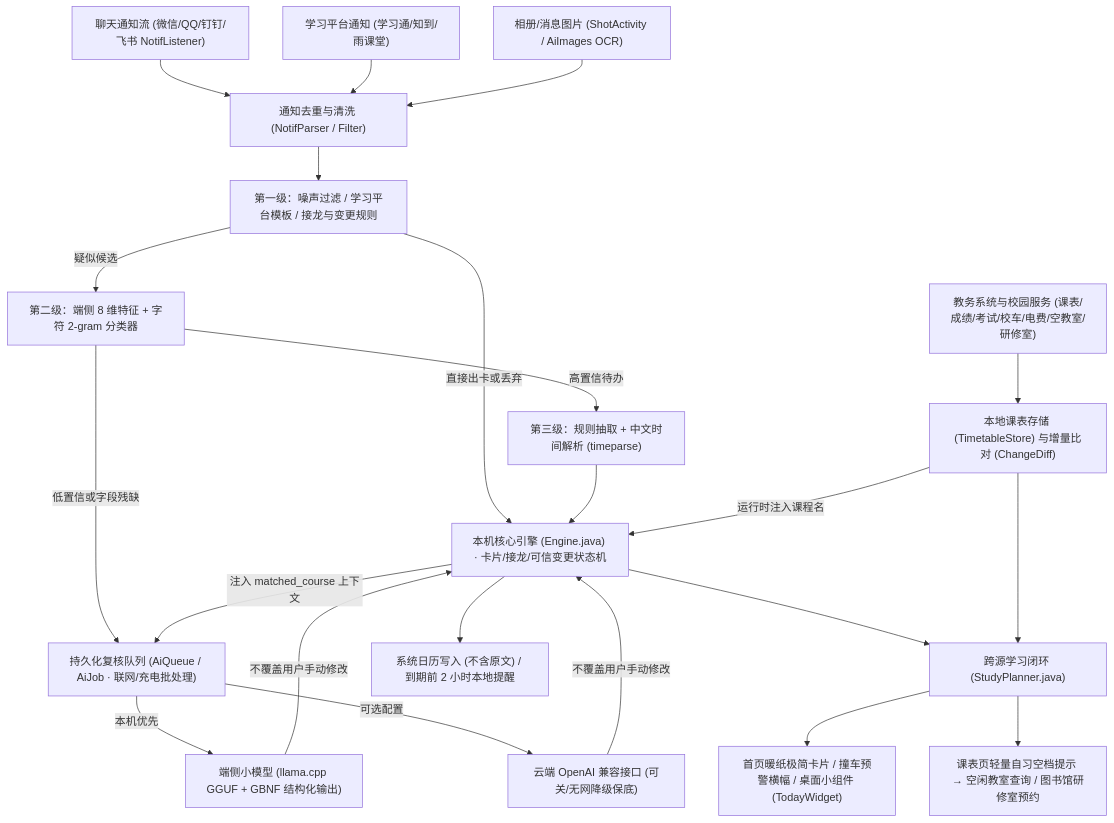
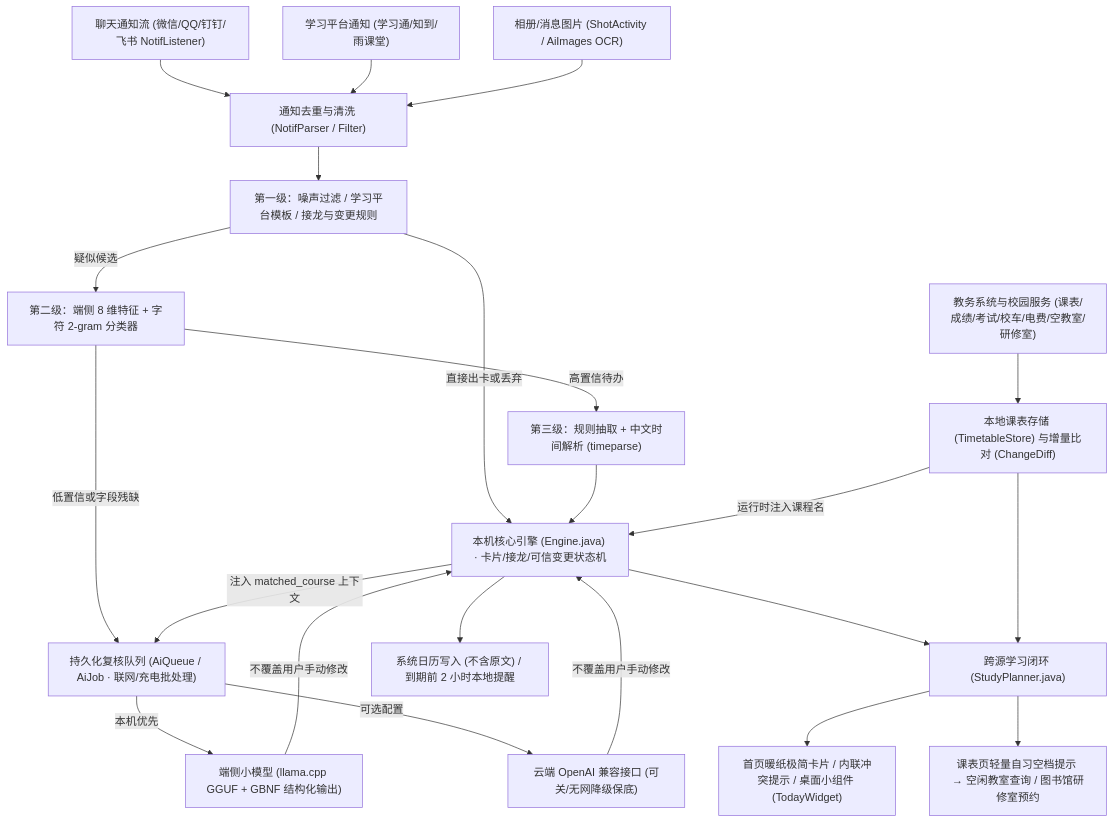
Before and after one commit to QDy1013/Offloor: the diagram in README.md, drawn with Mermaid. The commit also changed other lines of this file and 19 other files, not shown here.

````diff
--- a/README.md
+++ b/README.md
@@ -23,27 +23,27 @@
 ```mermaid
 flowchart TD
     S1["聊天通知流 (微信/QQ/钉钉/飞书 NotifListener)"] --> N1["通知去重与清洗 (NotifParser / Filter)"]
     S2["学习平台通知 (学习通/知到/雨课堂)"] --> N1
     S3["相册/消息图片 (ShotActivity / AiImages OCR)"] --> N1
     S4["教务系统与校园服务 (课表/成绩/考试/校车/电费/空教室/研修室)"] --> C1["本地课表存储 (TimetableStore) 与增量比对 (ChangeDiff)"]
 
     N1 --> L1["第一级：噪声过滤 / 学习平台模板 / 接龙与变更规则"]
     L1 -->|直接出卡或丢弃| ENG["本机核心引擎 (Engine.java) · 卡片/接龙/可信变更状态机"]
     L1 -->|疑似候选| L2["第二级：端侧 8 维特征 + 字符 2-gram 分类器"]
     L2 -->|高置信待办| L3["第三级：规则抽取 + 中文时间解析 (timeparse)"]
     L3 --> ENG
     C1 -->|运行时注入课程名| ENG
 
     L2 -->|低置信或字段残缺| Q1["持久化复核队列 (AiQueue / AiJob · 联网/充电批处理)"]
     ENG -->|注入 matched_course 上下文| Q1
     Q1 -->|本机优先| M1["端侧小模型 (llama.cpp GGUF + GBNF 结构化输出)"]
     Q1 -->|可选配置| M2["云端 OpenAI 兼容接口 (可关/无网降级保底)"]
     M1 -->|不覆盖用户手动修改| ENG
     M2 -->|不覆盖用户手动修改| ENG
 
     ENG --> LOOP["跨源学习闭环 (StudyPlanner.java)"]
     C1 --> LOOP
-    LOOP --> UI1["首页暖纸极简卡片 / 撞车预警横幅 / 桌面小组件 (TodayWidget)"]
+    LOOP --> UI1["首页暖纸极简卡片 / 内联冲突提示 / 桌面小组件 (TodayWidget)"]
     LOOP --> UI2["课表页轻量自习空档提示 → 空闲教室查询 / 图书馆研修室预约"]
     ENG --> UI3["系统日历写入 (不含原文) / 到期前 2 小时本地提醒"]
 ```
````
